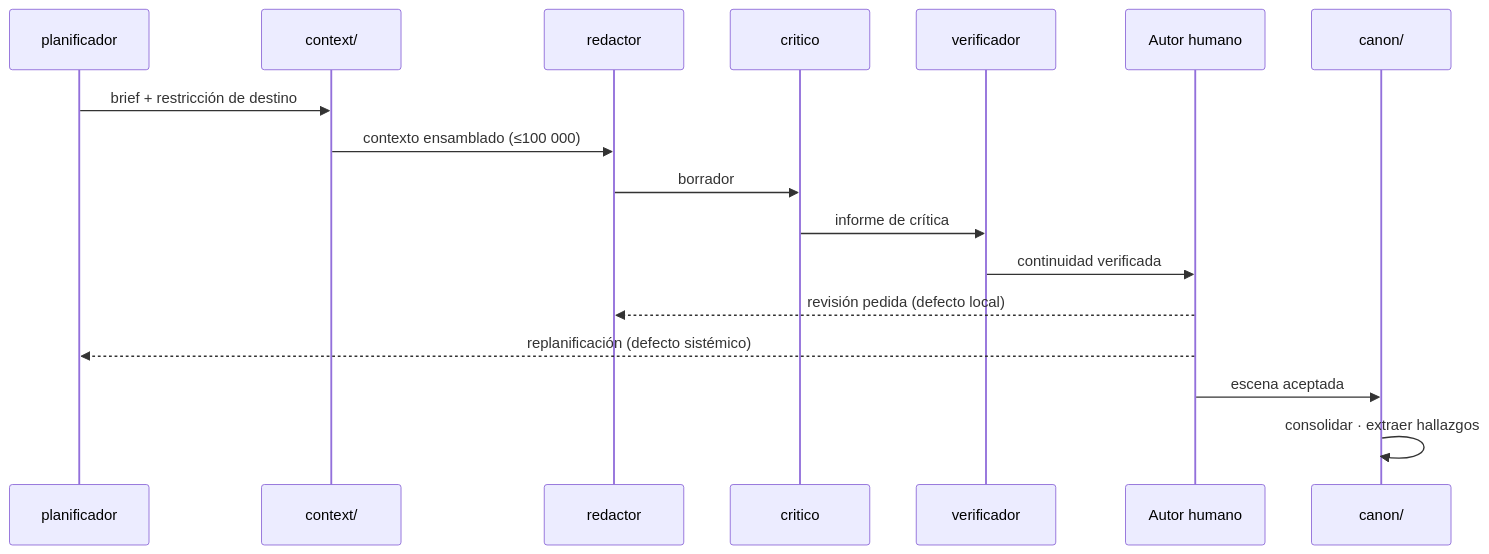
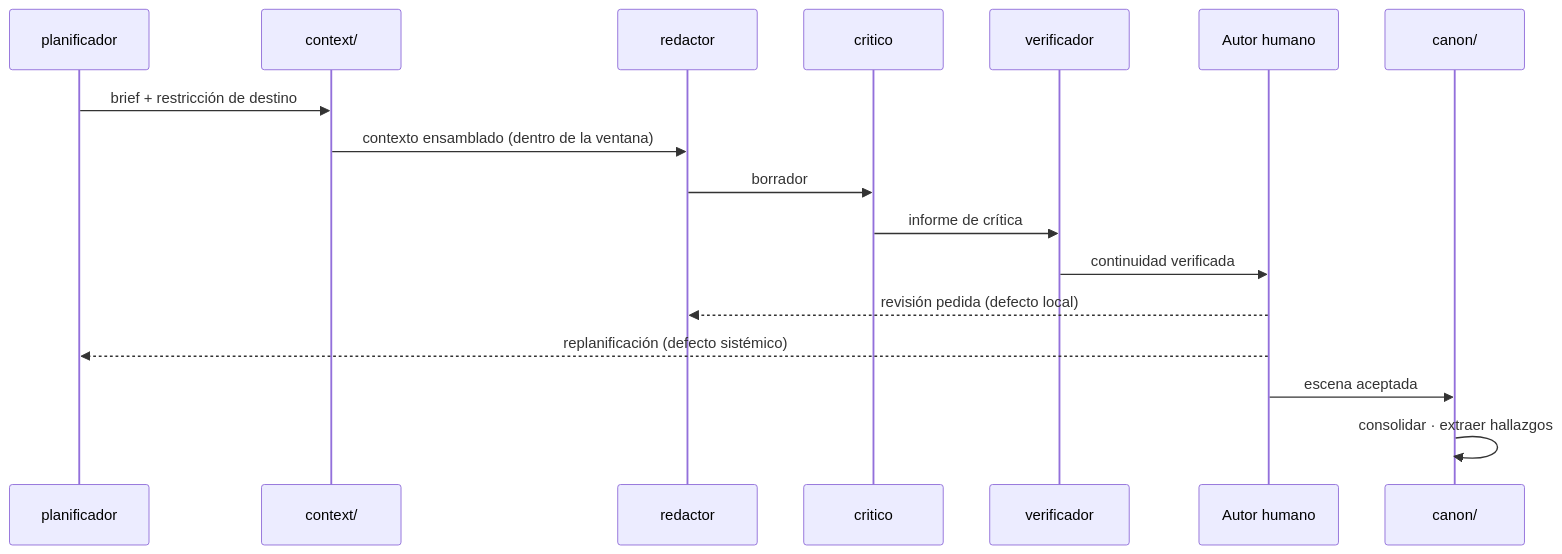
Before and after one commit to BrunoCrz3/MyStory: the third of 3 diagrams in docs/architecture.md, drawn with Mermaid. The commit also changed other lines of this file and 4 other files, not shown here.

````diff
--- a/docs/architecture.md
+++ b/docs/architecture.md
@@ -555,19 +556,19 @@
 ```mermaid
 sequenceDiagram
   participant P as planificador
   participant X as context/
   participant R as redactor
   participant C as critico
   participant V as verificador
   participant A as Autor humano
   participant K as canon/
   P->>X: brief + restricción de destino
-  X->>R: contexto ensamblado (≤100 000)
+  X->>R: contexto ensamblado (dentro de la ventana)
   R->>C: borrador
   C->>V: informe de crítica
   V->>A: continuidad verificada
   A-->>R: revisión pedida (defecto local)
   A-->>P: replanificación (defecto sistémico)
   A->>K: escena aceptada
   K->>K: consolidar · extraer hallazgos
 ```
````
